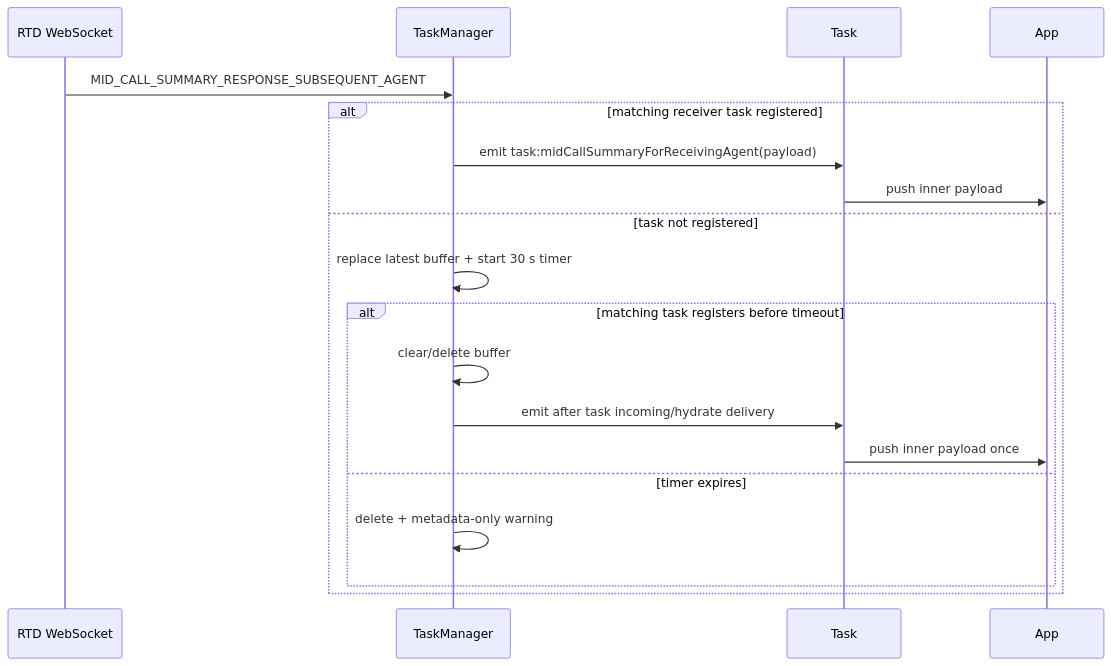
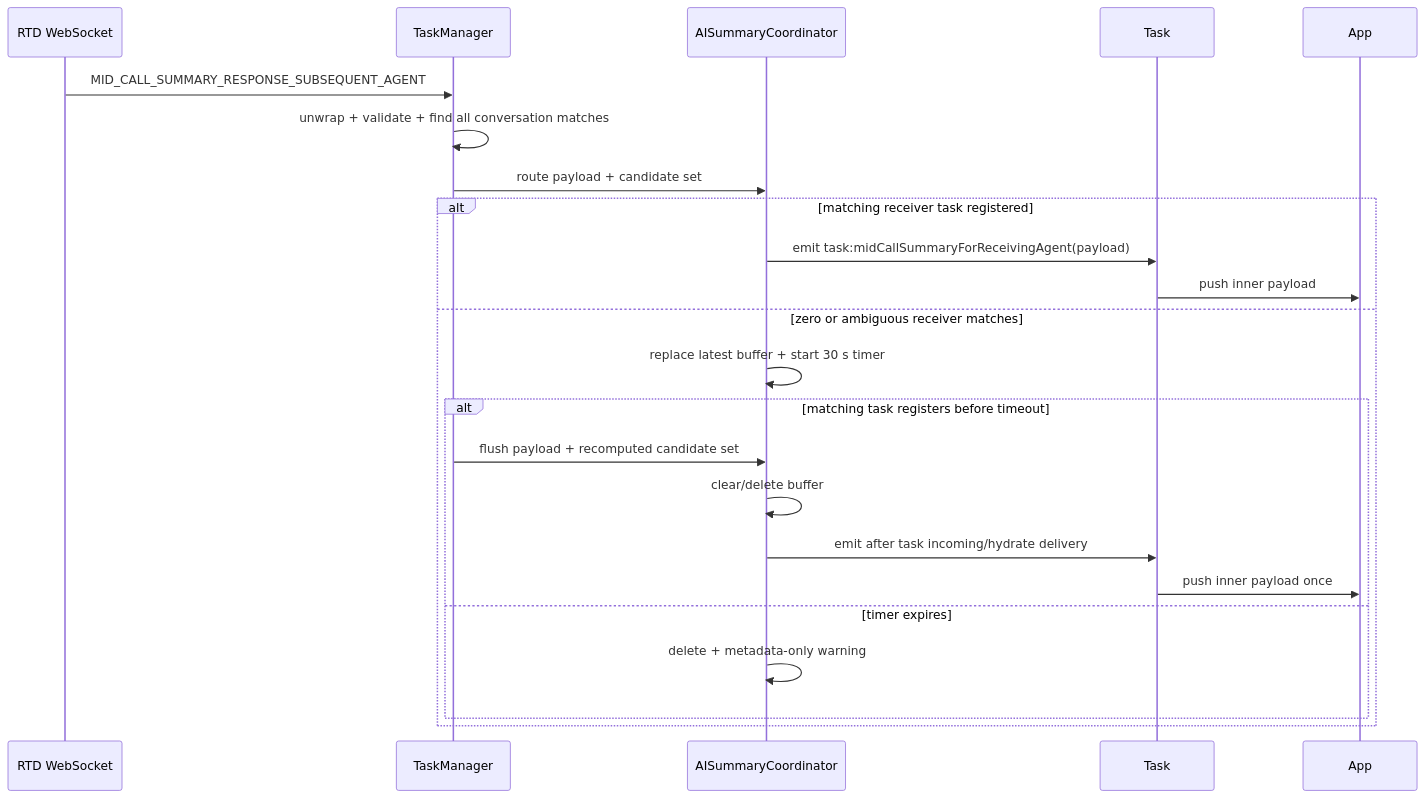
Before and after one commit to webex/webex-js-sdk: the third of 3 diagrams in design/default/design_spec.md, drawn with Mermaid. The commit also changed other lines of this file and 1 other file, not shown here.

````diff
--- a/design/default/design_spec.md
+++ b/design/default/design_spec.md
@@ -598,21 +621,25 @@
 ```mermaid
 sequenceDiagram
   participant RTD as RTD WebSocket
   participant TM as TaskManager
+  participant C as AISummaryCoordinator
   participant Task
   participant App
   RTD->>TM: MID_CALL_SUMMARY_RESPONSE_SUBSEQUENT_AGENT
+  TM->>TM: unwrap + validate + find all conversation matches
+  TM->>C: route payload + candidate set
   alt matching receiver task registered
-    TM->>Task: emit task:midCallSummaryForReceivingAgent(payload)
+    C->>Task: emit task:midCallSummaryForReceivingAgent(payload)
     Task->>App: push inner payload
-  else task not registered
-    TM->>TM: replace latest buffer + start 30 s timer
+  else zero or ambiguous receiver matches
+    C->>C: replace latest buffer + start 30 s timer
     alt matching task registers before timeout
-      TM->>TM: clear/delete buffer
-      TM->>Task: emit after task incoming/hydrate delivery
+      TM->>C: flush payload + recomputed candidate set
+      C->>C: clear/delete buffer
+      C->>Task: emit after task incoming/hydrate delivery
       Task->>App: push inner payload once
     else timer expires
-      TM->>TM: delete + metadata-only warning
+      C->>C: delete + metadata-only warning
     end
   end
 ```
````
